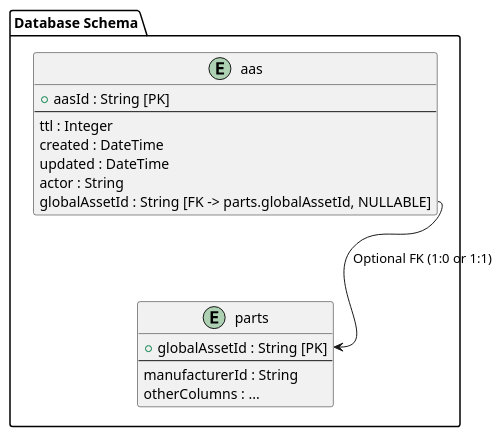
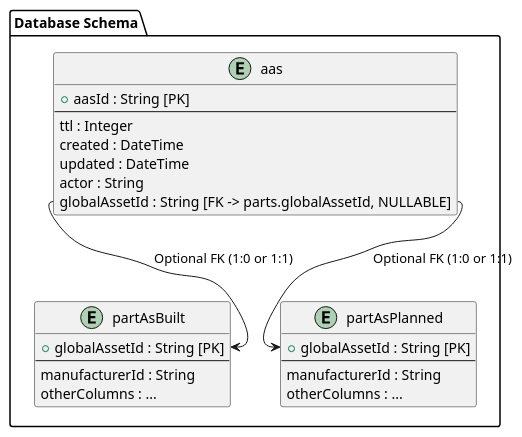
One commit to eclipse-tractusx/traceability-foss changed the diagram in docs/concept/#203-identification-of-new-twins/TRX-203-twin-lookup-component.puml. Above: the diagram before and after it, drawn with PlantUML. The commit also changed 6 other files, not shown here.

```diff
--- a/docs/concept/#203-identification-of-new-twins/TRX-203-twin-lookup-component.puml
+++ b/docs/concept/#203-identification-of-new-twins/TRX-203-twin-lookup-component.puml
@@ -1,22 +1,31 @@
 @startuml
 package "Database Schema" {
     entity "aas" as AAS {
         + aasId : String [PK]
         --
         ttl : Integer
         created : DateTime
         updated : DateTime
         actor : String
         globalAssetId : String [FK -> parts.globalAssetId, NULLABLE]
     }
 
-    entity "parts" as Parts {
+    entity "partAsBuilt" as PartsAsBuilt {
         + globalAssetId : String [PK]
         --
         manufacturerId : String
         otherColumns : ...
     }
+
+        entity "partAsPlanned" as PartsAsPlanned {
+            + globalAssetId : String [PK]
+            --
+            manufacturerId : String
+            otherColumns : ...
+        }
 }
 
-AAS::globalAssetId --> Parts::globalAssetId : Optional FK (1:0 or 1:1)
+AAS::globalAssetId --> PartsAsBuilt::globalAssetId : Optional FK (1:0 or 1:1)
+AAS::globalAssetId --> PartsAsPlanned::globalAssetId : Optional FK (1:0 or 1:1)
+
 @enduml
```
